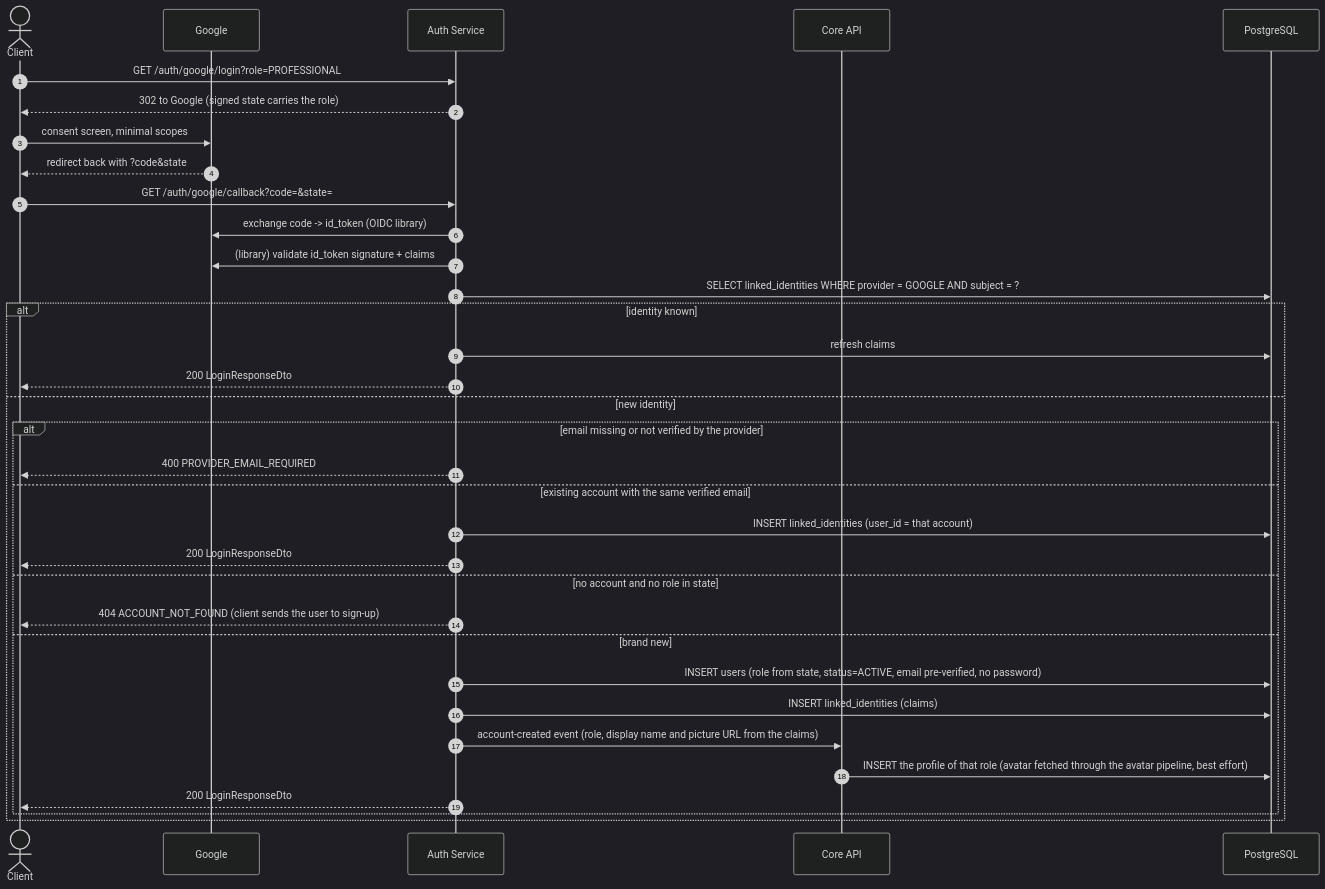
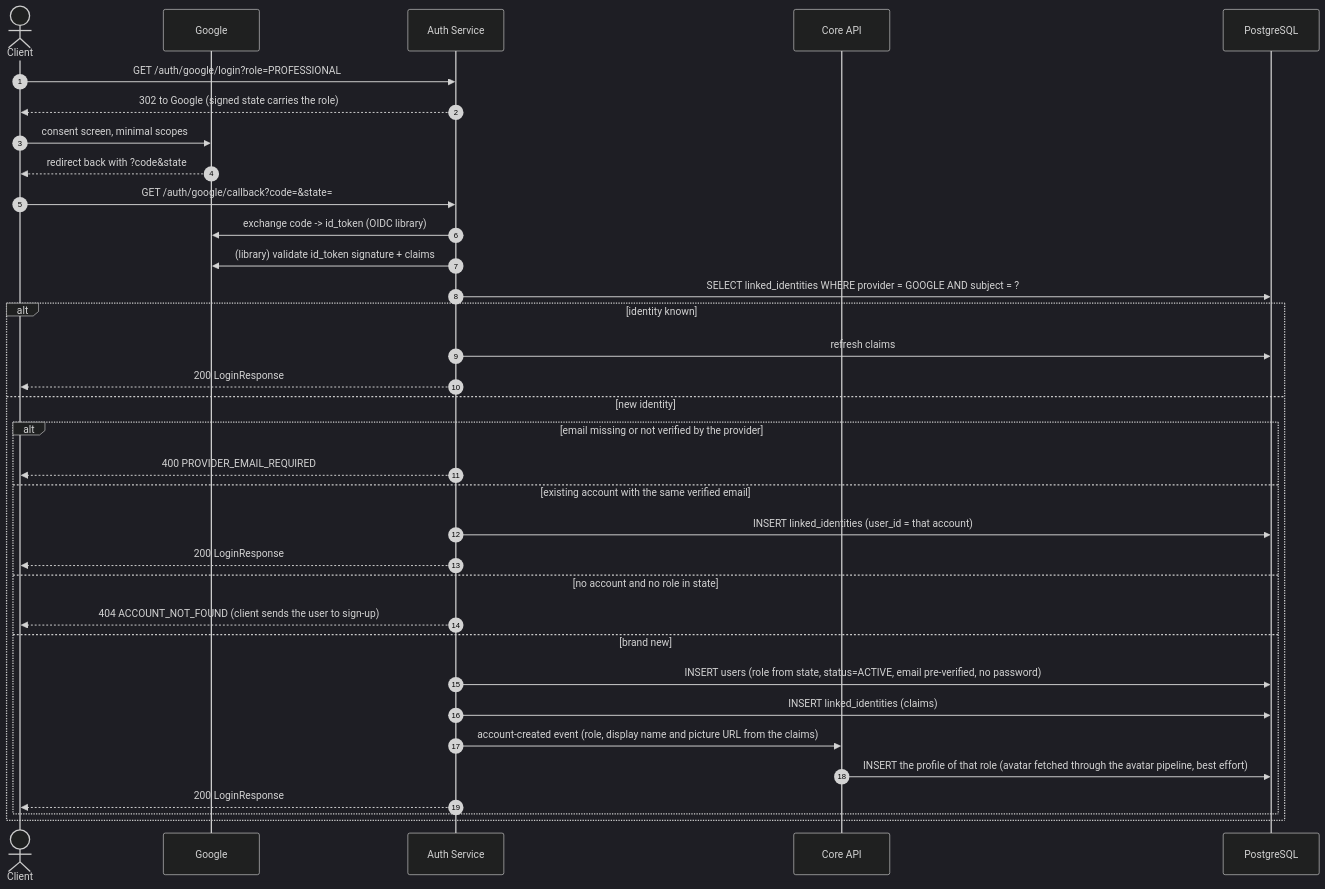
One commit to Iarylkin/proFinder_backend changed the fifth of 14 diagrams in docs/10 - Sequence Diagrams.md. Above: the diagram before and after it, drawn with Mermaid (dark theme). The commit also changed other lines of this file and 10 other files, not shown here.

````diff
--- a/docs/10 - Sequence Diagrams.md
+++ b/docs/10 - Sequence Diagrams.md
@@ -189,37 +189,37 @@
 ```mermaid
 sequenceDiagram
     autonumber
     actor U as Client
     participant G as Google
     participant Auth as Auth Service
     participant Core as Core API
     participant PG as PostgreSQL
 
     U->>Auth: GET /auth/google/login?role=PROFESSIONAL
     Auth-->>U: 302 to Google (signed state carries the role)
     U->>G: consent screen, minimal scopes
     G-->>U: redirect back with ?code&state
     U->>Auth: GET /auth/google/callback?code=&state=
     Auth->>G: exchange code -> id_token (OIDC library)
     Auth->>G: (library) validate id_token signature + claims
     Auth->>PG: SELECT linked_identities WHERE provider = GOOGLE AND subject = ?
     alt identity known
         Auth->>PG: refresh claims
-        Auth-->>U: 200 LoginResponseDto
+        Auth-->>U: 200 LoginResponse
     else new identity
         alt email missing or not verified by the provider
             Auth-->>U: 400 PROVIDER_EMAIL_REQUIRED
         else existing account with the same verified email
             Auth->>PG: INSERT linked_identities (user_id = that account)
-            Auth-->>U: 200 LoginResponseDto
+            Auth-->>U: 200 LoginResponse
         else no account and no role in state
             Auth-->>U: 404 ACCOUNT_NOT_FOUND (client sends the user to sign-up)
         else brand new
             Auth->>PG: INSERT users (role from state, status=ACTIVE, email pre-verified, no password)
             Auth->>PG: INSERT linked_identities (claims)
             Auth->>Core: account-created event (role, display name and picture URL from the claims)
             Core->>PG: INSERT the profile of that role (avatar fetched through the avatar pipeline, best effort)
-            Auth-->>U: 200 LoginResponseDto
+            Auth-->>U: 200 LoginResponse
         end
     end
 ```
````
